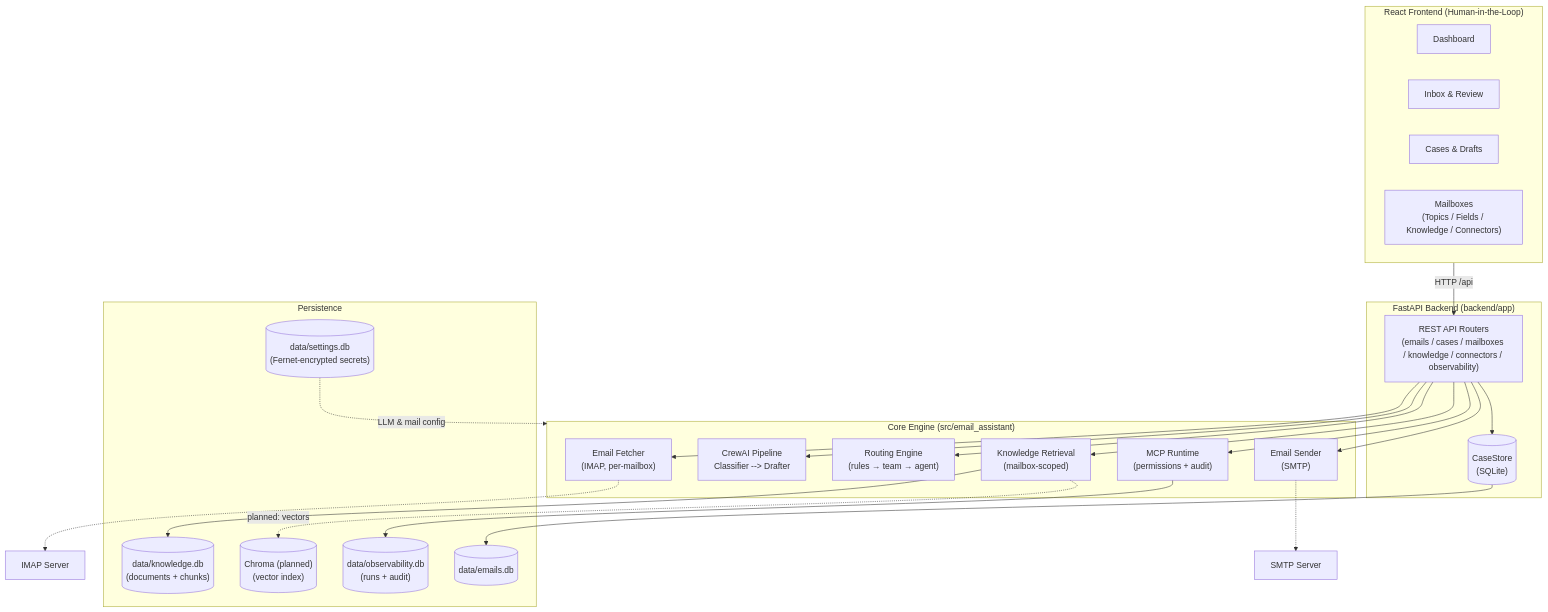
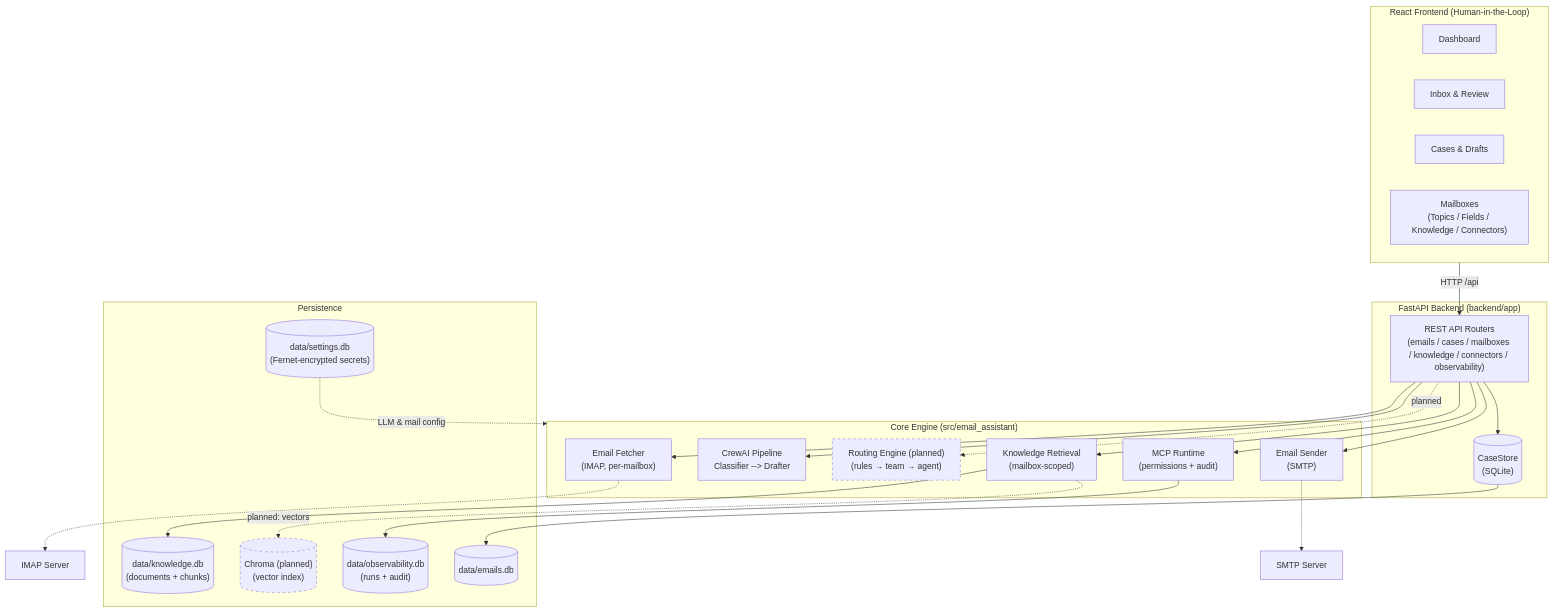
One commit to PolyU-Computer-Science/COMP4913-Capstone-Project changed the diagram in README.md. Above: the diagram before and after it, drawn with Mermaid. The commit also changed other lines of this file and 1 other file, not shown here.

````diff
--- a/README.md
+++ b/README.md
@@ -188,47 +196,50 @@
 ```mermaid
 flowchart TB
     subgraph UI["React Frontend (Human-in-the-Loop)"]
         Dashboard["Dashboard"]
         Inbox["Inbox & Review"]
         Cases["Cases & Drafts"]
         Mailboxes["Mailboxes<br/>(Topics / Fields / Knowledge / Connectors)"]
     end
 
     subgraph API["FastAPI Backend (backend/app)"]
         Routers["REST API Routers<br/>(emails / cases / mailboxes / knowledge / connectors / observability)"]
         Store[("CaseStore<br/>(SQLite)")]
     end
 
     subgraph Core["Core Engine (src/email_assistant)"]
         Fetcher["Email Fetcher<br/>(IMAP, per-mailbox)"]
         Crew["CrewAI Pipeline<br/>Classifier --> Drafter"]
-        Routing["Routing Engine<br/>(rules → team → agent)"]
+        Routing["Routing Engine (planned)<br/>(rules → team → agent)"]
         RAG["Knowledge Retrieval<br/>(mailbox-scoped)"]
         MCP["MCP Runtime<br/>(permissions + audit)"]
         Sender["Email Sender<br/>(SMTP)"]
     end
 
     subgraph Data["Persistence"]
         EmailsDB[("data/emails.db")]
         SettingsDB[("data/settings.db<br/>(Fernet-encrypted secrets)")]
         KnowledgeDB[("data/knowledge.db<br/>(documents + chunks)")]
         ObsDB[("data/observability.db<br/>(runs + audit)")]
         ChromaDB[("Chroma (planned)<br/>(vector index)")]
     end
 
     UI -->|HTTP /api| Routers
     Routers --> Fetcher
     Routers --> Crew
-    Routers --> Routing
+    Routers -.->|planned| Routing
     Routers --> RAG
     Routers --> MCP
     Routers --> Sender
     Routers --> Store
     Store --> EmailsDB
     SettingsDB -.->|LLM & mail config| Core
     RAG --> KnowledgeDB
     RAG -.->|"planned: vectors"| ChromaDB
     MCP --> ObsDB
     Fetcher -.-> IMAP["IMAP Server"]
     Sender -.-> SMTP["SMTP Server"]
+
+    style Routing stroke-dasharray: 5 5
+    style ChromaDB stroke-dasharray: 5 5
 ```
````
